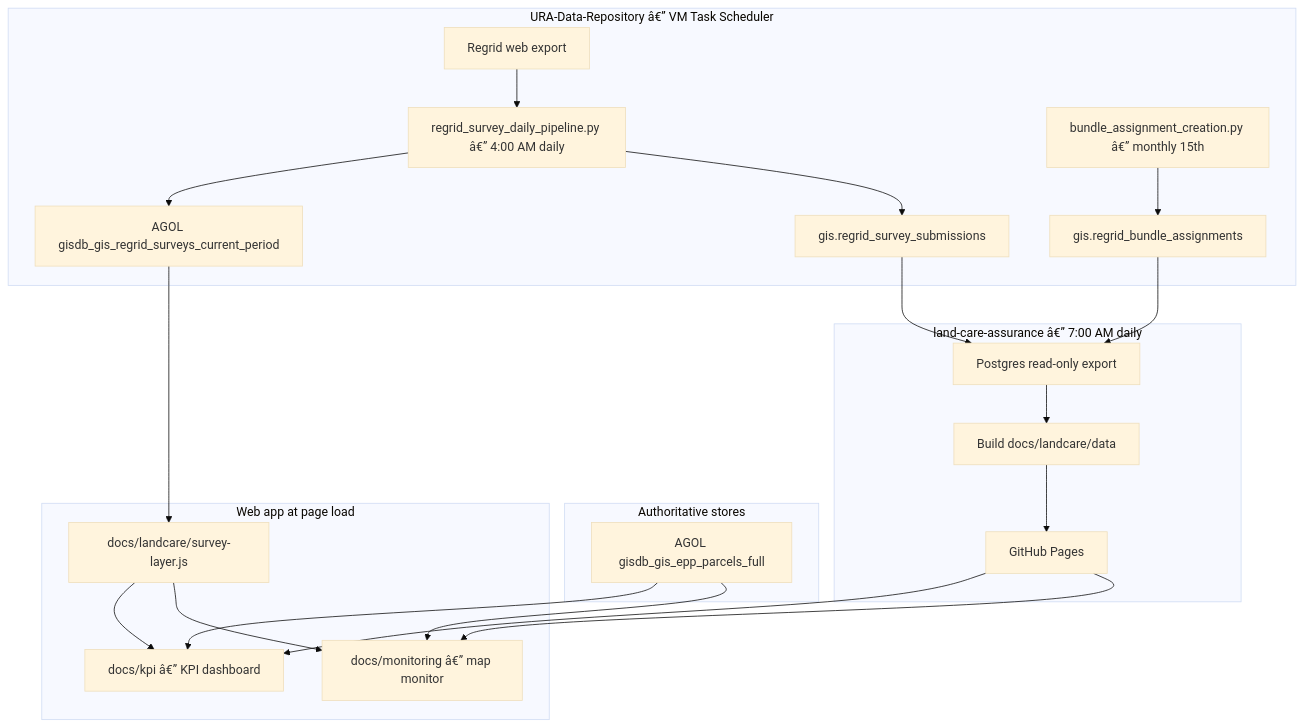
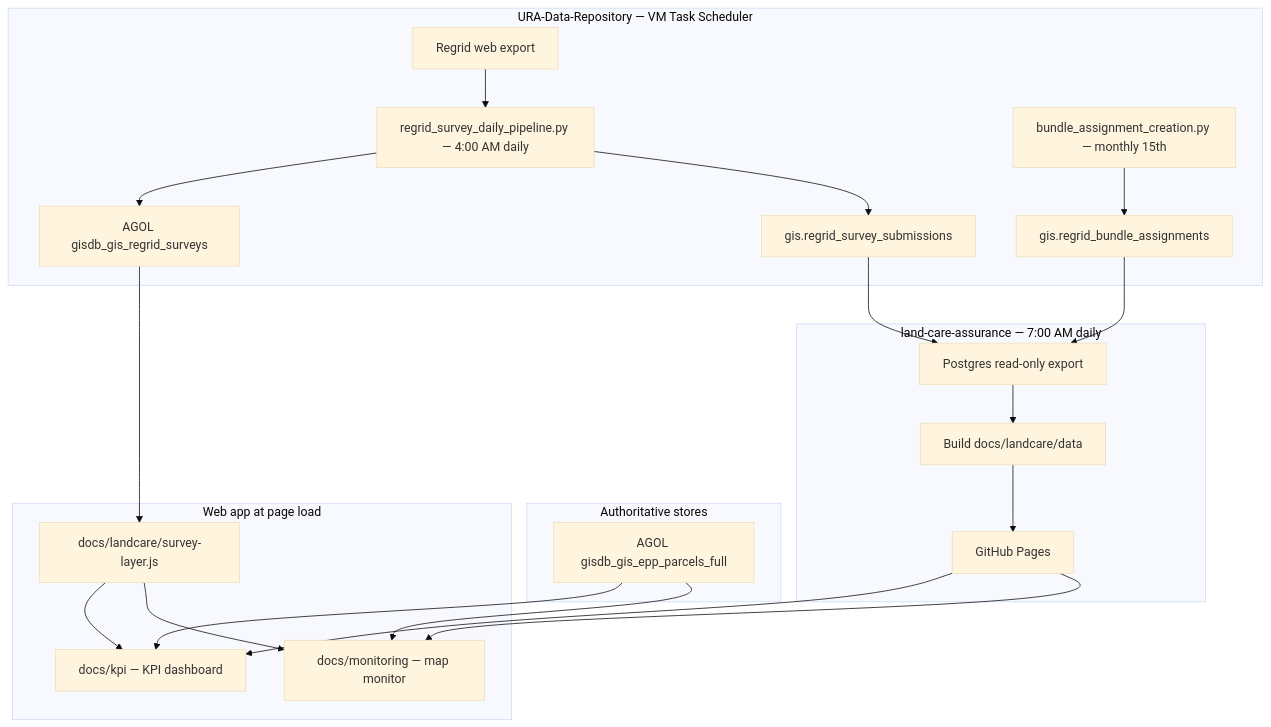
Before and after one commit to rutomo-ura/land-care-assurance: the first of 2 diagrams in docs/landcare-architecture.md, drawn with Mermaid (base theme). The commit also changed other lines of this file and 10 other files, not shown here.

Commit message:
Use all-period AGOL survey layer

````diff
--- a/docs/landcare-architecture.md
+++ b/docs/landcare-architecture.md
@@ -23,42 +23,42 @@
 ```mermaid
 flowchart TB
-    subgraph upstream ["URA-Data-Repository â€” VM Task Scheduler"]
+    subgraph upstream ["URA-Data-Repository — VM Task Scheduler"]
         Regrid["Regrid web export"]
-        DailyPipe["regrid_survey_daily_pipeline.py â€” 4:00 AM daily"]
-        BundlePipe["bundle_assignment_creation.py â€” monthly 15th"]
+        DailyPipe["regrid_survey_daily_pipeline.py — 4:00 AM daily"]
+        BundlePipe["bundle_assignment_creation.py — monthly 15th"]
         Regrid --> DailyPipe
         BundlePipe --> PGAssign["gis.regrid_bundle_assignments"]
         DailyPipe --> PGSurvey["gis.regrid_survey_submissions"]
-        DailyPipe --> AGOLSurvey["AGOL gisdb_gis_regrid_surveys_current_period"]
+        DailyPipe --> AGOLSurvey["AGOL gisdb_gis_regrid_surveys"]
     end
 
     subgraph store ["Authoritative stores"]
         PGSurvey
         PGAssign
         AGOLSurvey
         AGOLEpp["AGOL gisdb_gis_epp_parcels_full"]
     end
 
-    subgraph downstream ["land-care-assurance â€” 7:00 AM daily"]
+    subgraph downstream ["land-care-assurance — 7:00 AM daily"]
         Export["Postgres read-only export"]
         Build["Build docs/landcare/data"]
         GitPages["GitHub Pages"]
         Export --> Build --> GitPages
     end
 
     subgraph runtime ["Web app at page load"]
-        Monitor["docs/monitoring â€” map monitor"]
-        KPI["docs/kpi â€” KPI dashboard"]
+        Monitor["docs/monitoring — map monitor"]
+        KPI["docs/kpi — KPI dashboard"]
         SurveyJS["docs/landcare/survey-layer.js"]
         GitPages --> Monitor
         GitPages --> KPI
         AGOLSurvey --> SurveyJS
         SurveyJS --> Monitor
         SurveyJS --> KPI
         AGOLEpp --> Monitor
         AGOLEpp --> KPI
     end
 
     PGSurvey --> Export
     PGAssign --> Export
 ```
````
